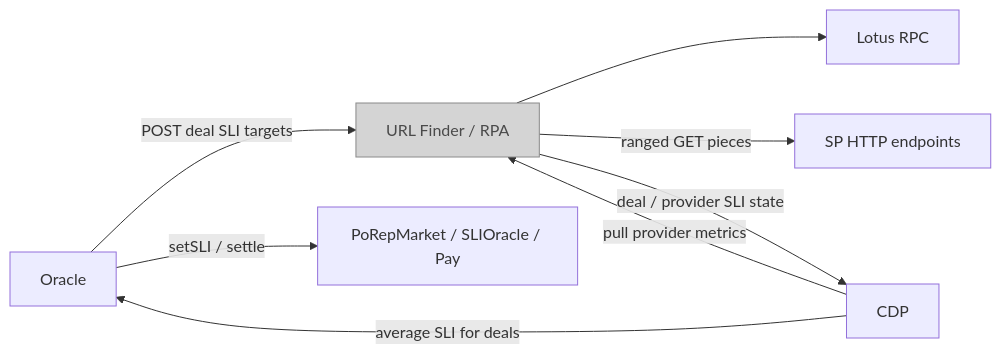
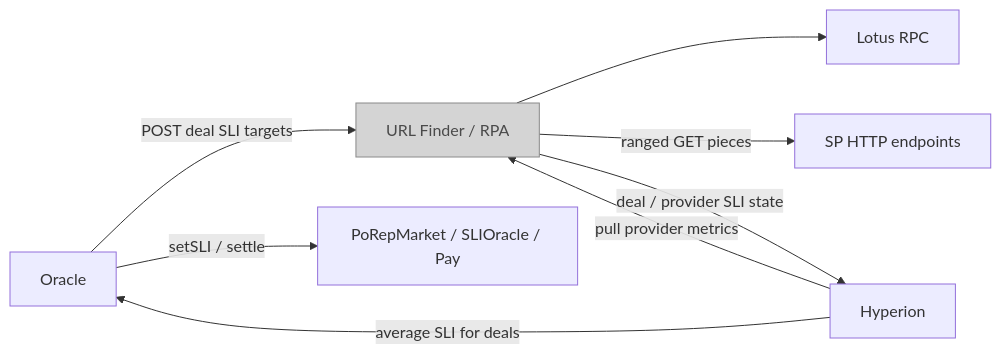
The second of 12 diagrams in ARCHITECTURE.md (fidlabs/FCSS-devnet), drawn with Mermaid before and after one commit. The commit also changed other lines of this file and 34 other files, not shown here.

First line of the commit message:
Replace CDP with Hyperion as the local PoRep indexer.

````diff
--- a/ARCHITECTURE.md
+++ b/ARCHITECTURE.md
@@ -170,13 +170,13 @@
 ```mermaid
 flowchart LR
   Oracle["Oracle"] -->|POST deal SLI targets| UF["URL Finder / RPA"]
-  CDP["CDP"] -->|pull provider metrics| UF
+  Hyperion["Hyperion"] -->|pull provider metrics| UF
   UF --> Lotus["Lotus RPC"]
   UF -->|ranged GET pieces| SPHTTP["SP HTTP endpoints"]
-  UF -->|deal / provider SLI state| CDP
-  CDP -->|average SLI for deals| Oracle
+  UF -->|deal / provider SLI state| Hyperion
+  Hyperion -->|average SLI for deals| Oracle
   Oracle -->|setSLI / settle| Chain["PoRepMarket / SLIOracle / Pay"]
 
   classDef external fill:#d4d4d4,stroke:#8a8a8a,color:#4a4a4a
   class UF external
 ```
````
